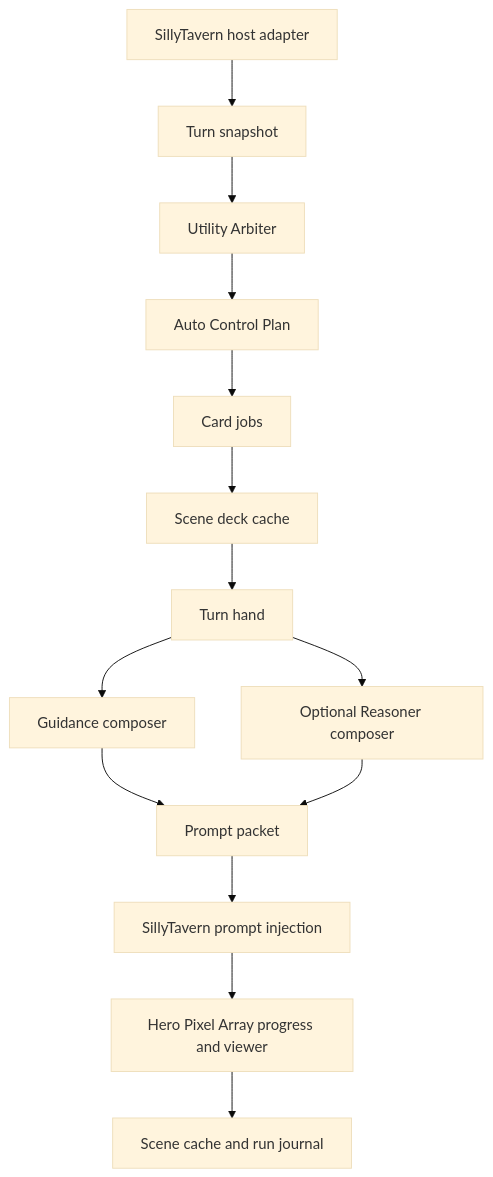
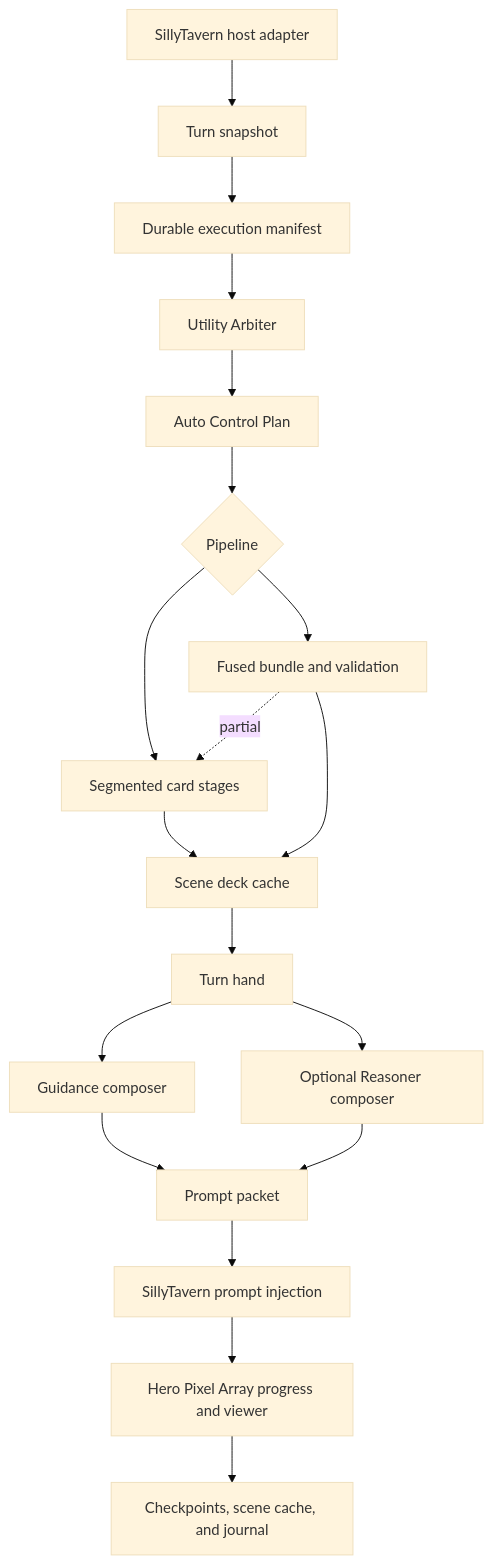
One commit to MentallyQuill/Recursion changed the first of 3 diagrams in docs/technical/RECURSION_TECHNICAL_MANUAL.md. Above: the diagram before and after it, drawn with Mermaid (base theme). The commit also changed other lines of this file and 32 other files, not shown here.

````diff
--- a/docs/technical/RECURSION_TECHNICAL_MANUAL.md
+++ b/docs/technical/RECURSION_TECHNICAL_MANUAL.md
@@ -13,16 +13,21 @@
 ```mermaid
 flowchart TD
     Host["SillyTavern host adapter"] --> Snapshot["Turn snapshot"]
-    Snapshot --> Arbiter["Utility Arbiter"]
+    Snapshot --> Manifest["Durable execution manifest"]
+    Manifest --> Arbiter["Utility Arbiter"]
     Arbiter --> Plan["Auto Control Plan"]
-    Plan --> Jobs["Card jobs"]
-    Jobs --> Deck["Scene deck cache"]
+    Plan --> Jobs{"Pipeline"}
+    Jobs --> Segmented["Segmented card stages"]
+    Jobs --> Fused["Fused bundle and validation"]
+    Fused -. "partial" .-> Segmented
+    Segmented --> Deck["Scene deck cache"]
+    Fused --> Deck
     Deck --> Hand["Turn hand"]
     Hand --> Composer["Guidance composer"]
     Hand --> Reasoner["Optional Reasoner composer"]
     Composer --> Packet["Prompt packet"]
     Reasoner --> Packet
     Packet --> Inject["SillyTavern prompt injection"]
     Inject --> Activity["Hero Pixel Array progress and viewer"]
-    Activity --> Storage["Scene cache and run journal"]
+    Activity --> Storage["Checkpoints, scene cache, and journal"]
 ```
````
